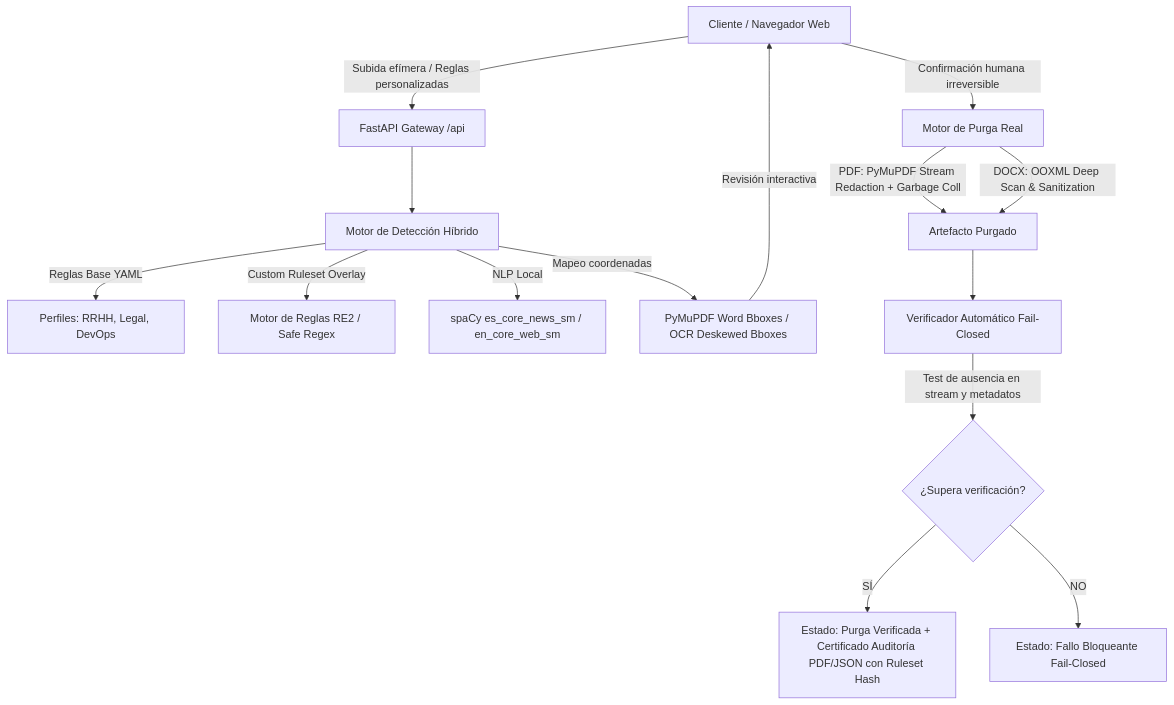
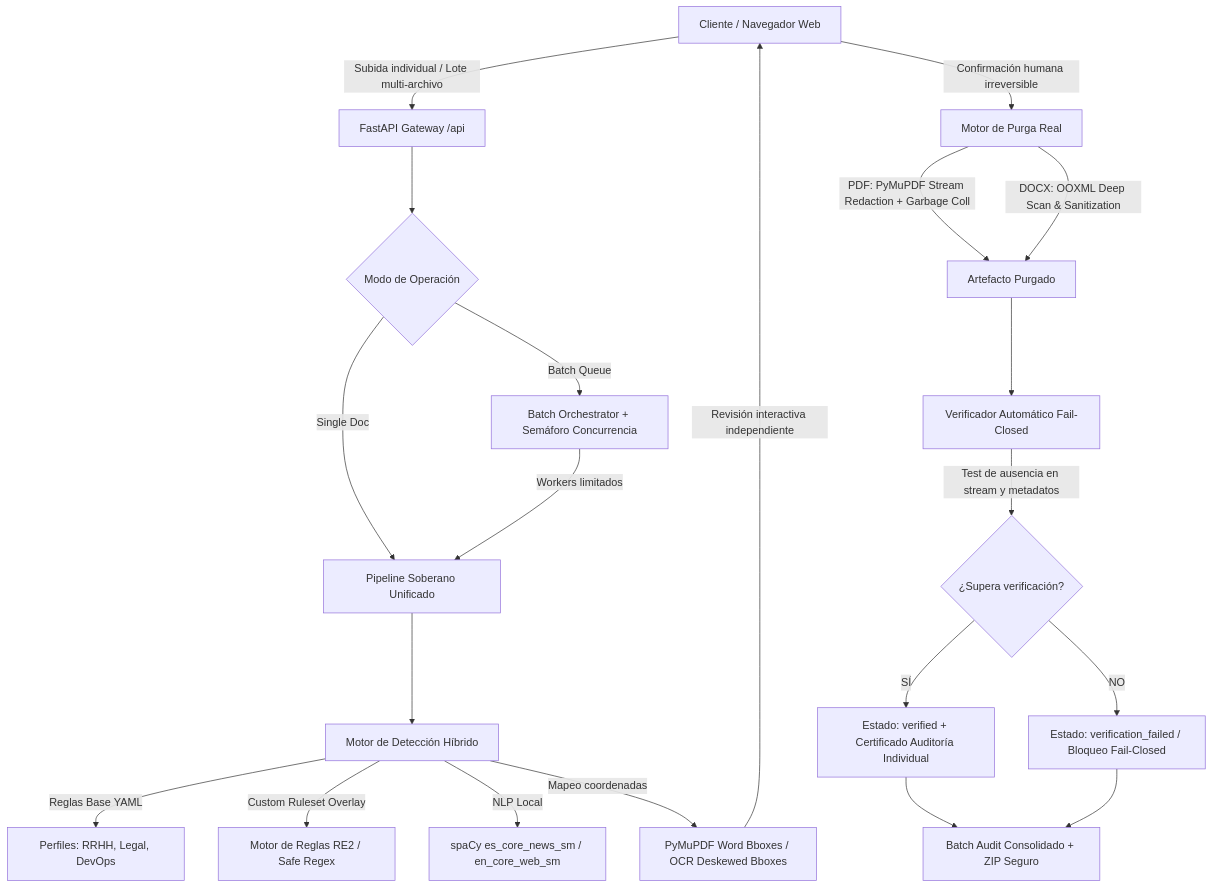
One commit to ToniIAPro73/anclora-purgedoc changed the diagram in docs/architecture.md. Above: the diagram before and after it, drawn with Mermaid. The commit also changed other lines of this file and 4 other files, not shown here.

Commit message:
feat(batch): complete Batch Document Queue and Batch Audit Summary with controlled concurrency and fail-closed isolation

````diff
--- a/docs/architecture.md
+++ b/docs/architecture.md
@@ -6,17 +6,23 @@
 ```mermaid
 graph TD
-    A[Cliente / Navegador Web] -->|Subida efímera / Reglas personalizadas| B[FastAPI Gateway /api]
-    B --> C[Motor de Detección Híbrido]
-    C -->|Reglas Base YAML| D[Perfiles: RRHH, Legal, DevOps]
-    C -->|Custom Ruleset Overlay| R[Motor de Reglas RE2 / Safe Regex]
-    C -->|NLP Local| E[spaCy es_core_news_sm / en_core_web_sm]
-    C -->|Mapeo coordenadas| F[PyMuPDF Word Bboxes / OCR Deskewed Bboxes]
-    F -->|Revisión interactiva| A
-    A -->|Confirmación humana irreversible| G[Motor de Purga Real]
-    G -->|PDF: PyMuPDF Stream Redaction + Garbage Coll| H[Artefacto Purgado]
-    G -->|DOCX: OOXML Deep Scan & Sanitization| H
-    H --> I[Verificador Automático Fail-Closed]
-    I -->|Test de ausencia en stream y metadatos| J{¿Supera verificación?}
-    J -->|SÍ| K[Estado: Purga Verificada + Certificado Auditoría PDF/JSON con Ruleset Hash]
-    J -->|NO| L[Estado: Fallo Bloqueante Fail-Closed]
+    A[Cliente / Navegador Web] -->|Subida individual / Lote multi-archivo| B[FastAPI Gateway /api]
+    B --> C{Modo de Operación}
+    C -->|Single Doc| D[Pipeline Soberano Unificado]
+    C -->|Batch Queue| E[Batch Orchestrator + Semáforo Concurrencia]
+    E -->|Workers limitados| D
+    D --> F[Motor de Detección Híbrido]
+    F -->|Reglas Base YAML| G[Perfiles: RRHH, Legal, DevOps]
+    F -->|Custom Ruleset Overlay| H[Motor de Reglas RE2 / Safe Regex]
+    F -->|NLP Local| I[spaCy es_core_news_sm / en_core_web_sm]
+    F -->|Mapeo coordenadas| J[PyMuPDF Word Bboxes / OCR Deskewed Bboxes]
+    J -->|Revisión interactiva independiente| A
+    A -->|Confirmación humana irreversible| K[Motor de Purga Real]
+    K -->|PDF: PyMuPDF Stream Redaction + Garbage Coll| L[Artefacto Purgado]
+    K -->|DOCX: OOXML Deep Scan & Sanitization| L
+    L --> M[Verificador Automático Fail-Closed]
+    M -->|Test de ausencia en stream y metadatos| N{¿Supera verificación?}
+    N -->|SÍ| O[Estado: verified + Certificado Auditoría Individual]
+    N -->|NO| P[Estado: verification_failed / Bloqueo Fail-Closed]
+    O --> Q[Batch Audit Consolidado + ZIP Seguro]
+    P --> Q
 ```
````
